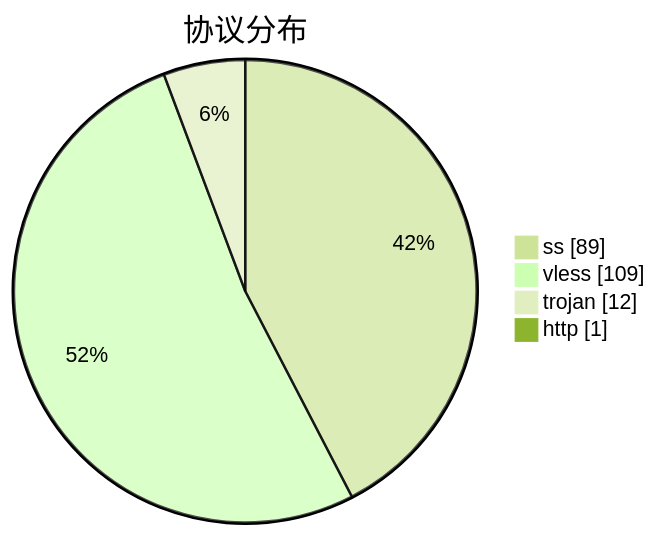
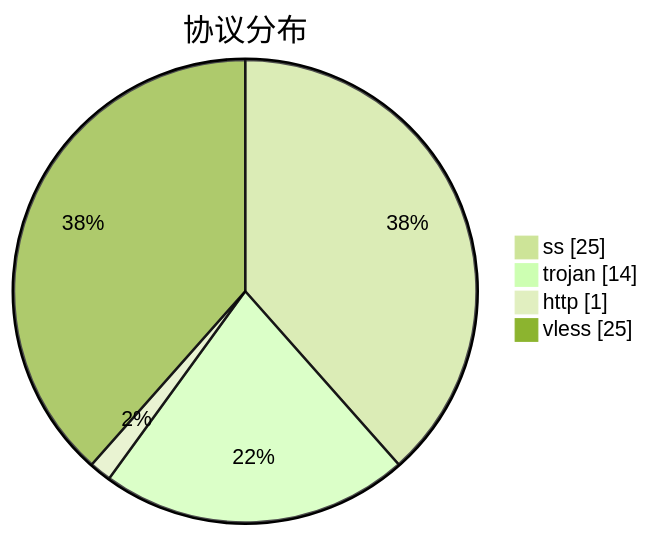
The third of 3 diagrams in subs/statistics/tested_within.md (qjlxg/airport), drawn with Mermaid (forest theme) before and after one commit. The commit also changed other lines of this file and 2 other files, not shown here.

````diff
--- a/subs/statistics/tested_within.md
+++ b/subs/statistics/tested_within.md
@@ -35,8 +30,8 @@
 ```mermaid
 pie showData
 title 协议分布
-"ss" : 89
-"vless" : 109
-"trojan" : 12
+"ss" : 25
+"trojan" : 14
 "http" : 1
+"vless" : 25
 ```
````
